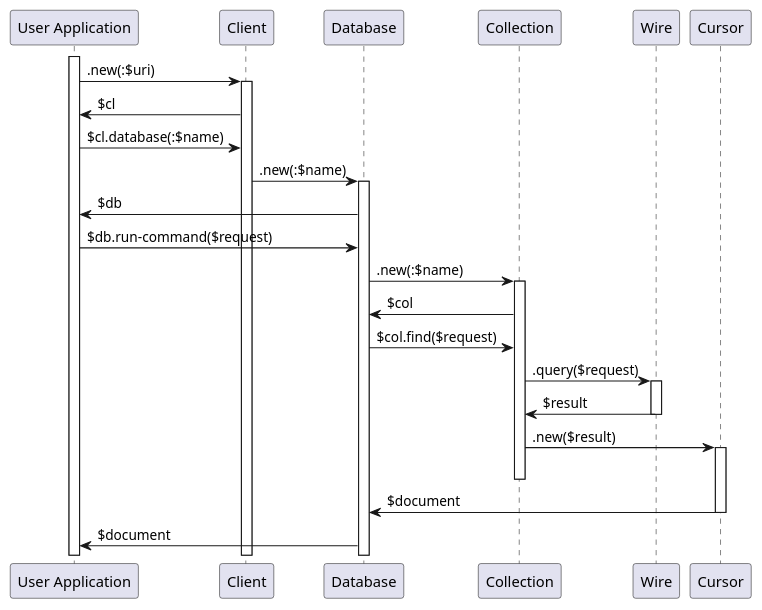
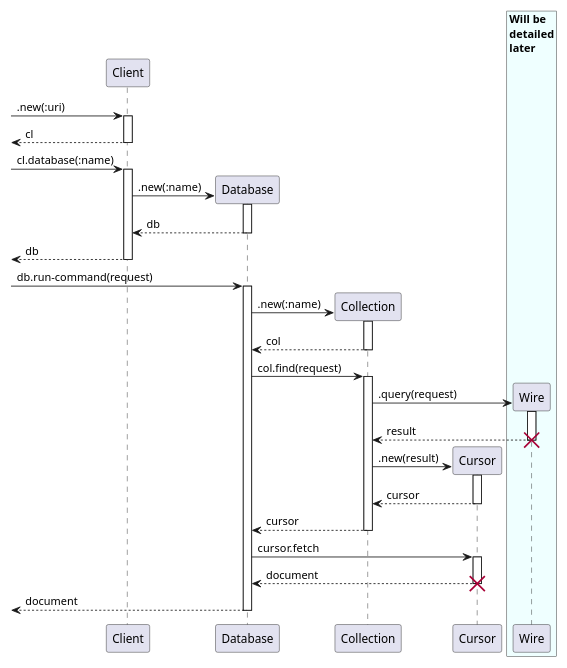
One commit to MARTIMM/raku-mongodb-driver changed the diagram in doc/uml/DBIO-interact01.md. Above: the diagram before and after it, drawn with PlantUML. The commit also changed 12 other files, not shown here.

Commit message:
new and updated uml diagrams

````diff
--- a/doc/uml/DBIO-interact01.md
+++ b/doc/uml/DBIO-interact01.md
@@ -1,50 +1,60 @@
 ```plantuml
 @startuml
-'scale 0.8
+scale 0.8
 
 skinparam sequence {
 '  LifeLineBorderColor blue
   LifeLineBackgroundColor #fff
 }
 
-participant "User Application" as Application
-activate Application
+'box "never\nending" #efffff
+'  participant Wire
+'end box
+
+'participant "User Application" as Application
+'activate Application
 
 participant Client
 participant Database
 participant Collection
-participant Wire
 participant Cursor
+box "Will be\ndetailed\nlater" #efffff
+  participant Wire
+end box
 
-Application -> Client : .new(:$uri)
-activate Client
-Client -> Application : $cl
-Application -> Client : $cl.database(:$name)
-Client -> Database : .new(:$name)
-activate Database
-Database -> Application : $db
-Application -> Database : $db.run-command($request)
+-> Client ++: .new(:uri)
+create Client
+return cl
 
-Database -> Collection: .new(:$name)
-activate Collection
-Collection -> Database: $col
-Database -> Collection: $col.find($request)
 
-Collection -> Wire: .query($request)
-activate Wire
-Wire -> Collection: $result
-deactivate Wire
+-> Client ++: cl.database(:name)
+create Database
+Client -> Database ++: .new(:name)
+return db
+return db
 
-Collection -> Cursor: .new($result)
-activate Cursor
-deactivate Collection
+-> Database ++: db.run-command(request)
+create Collection
+Database -> Collection ++: .new(:name)
+return col
+Database -> Collection ++: col.find(request)
 
-Cursor -> Database: $document
-deactivate Cursor
+create Wire
+Collection -> Wire ++: .query(request)
+return result
+destroy Wire
 
-Database -> Application: $document
+create Cursor
+Collection -> Cursor ++: .new(result)
+return cursor
 
-'deactivate Database
+return cursor
+
+Database -> Cursor ++: cursor.fetch
+return document
+
+destroy Cursor
+return document
 
 @enduml
 ```
````
